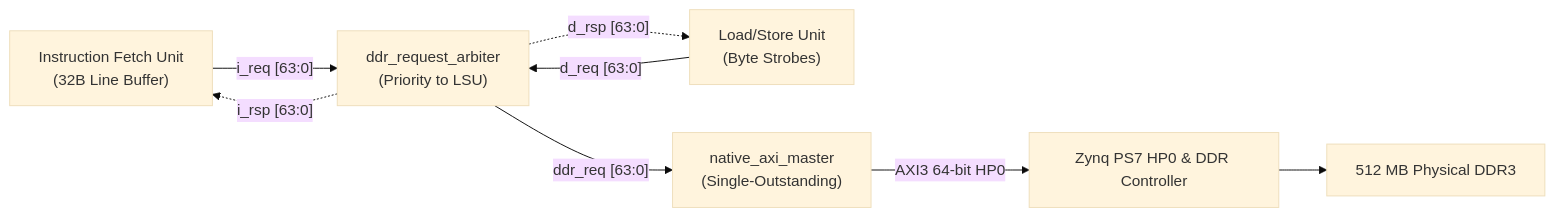
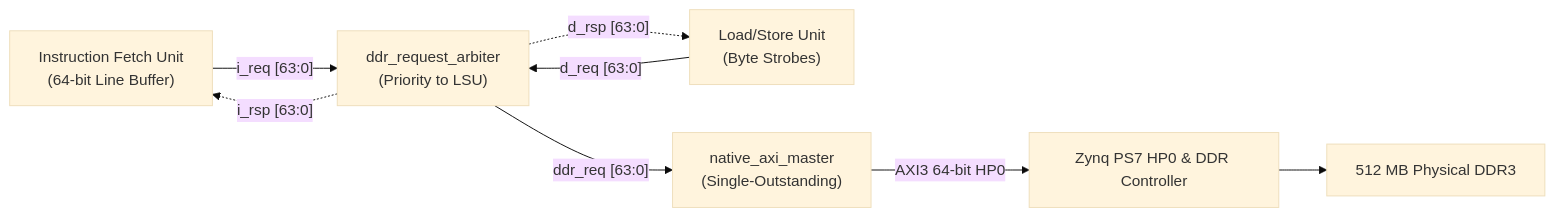
One commit to UjjawalKhatri/rv64im-doom-soc changed the third of 4 diagrams in docs/ARCHITECTURE.md. Above: the diagram before and after it, drawn with Mermaid (base theme). The commit also changed other lines of this file and 9 other files, not shown here.

````diff
--- a/docs/ARCHITECTURE.md
+++ b/docs/ARCHITECTURE.md
@@ -121,10 +131,10 @@
 ```mermaid
 graph LR
-    IFU["Instruction Fetch Unit<br/>(32B Line Buffer)"] -- "i_req [63:0]" --> ARB["ddr_request_arbiter<br/>(Priority to LSU)"]
+    IFU["Instruction Fetch Unit<br/>(64-bit Line Buffer)"] -- "i_req [63:0]" --> ARB["ddr_request_arbiter<br/>(Priority to LSU)"]
     LSU["Load/Store Unit<br/>(Byte Strobes)"] -- "d_req [63:0]" --> ARB
     ARB -- "ddr_req [63:0]" --> AXI["native_axi_master<br/>(Single-Outstanding)"]
     AXI -- "AXI3 64-bit HP0" --> PS7["Zynq PS7 HP0 & DDR Controller"]
     PS7 --> DDR["512 MB Physical DDR3"]
     ARB -. "i_rsp [63:0]" .-> IFU
     ARB -. "d_rsp [63:0]" .-> LSU
 ```
````
